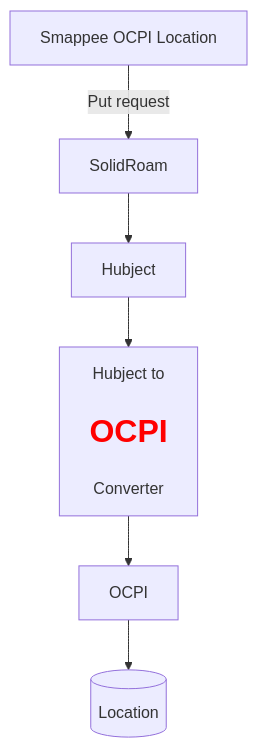
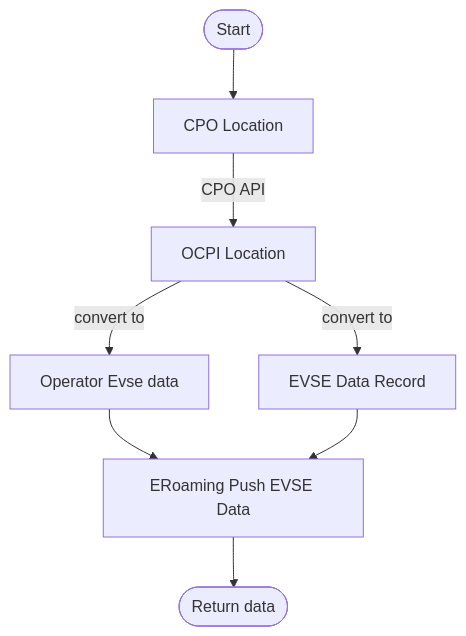
Before and after one commit to erkkiat/ocpi: the first of 2 diagrams in integrations/ReadMe.md, drawn with Mermaid. The commit also changed other lines of this file and 1 other file, not shown here.

````diff
--- a/integrations/ReadMe.md
+++ b/integrations/ReadMe.md
@@ -9,11 +11,12 @@
 ```mermaid
 
 graph TD
-    A[Smappee OCPI Location] -->|Put request| B[SolidRoam]
-    B --> C[Hubject]
-    C --> D[Hubject to <h1 style='color: red'> OCPI </h1> Converter]
-    D --> E[OCPI]
-    E --> db[(Location)]
-    
+    Start([Start]) --> A[CPO Location]
+    A -->|CPO API| B[OCPI Location]
+    B -->|convert to| C[Operator Evse data]
+    B -->|convert to| D[EVSE Data Record]
+    C --> E[ERoaming Push EVSE Data]
+    D --> E
+    E --> End([Return data])
     
 ```
````
